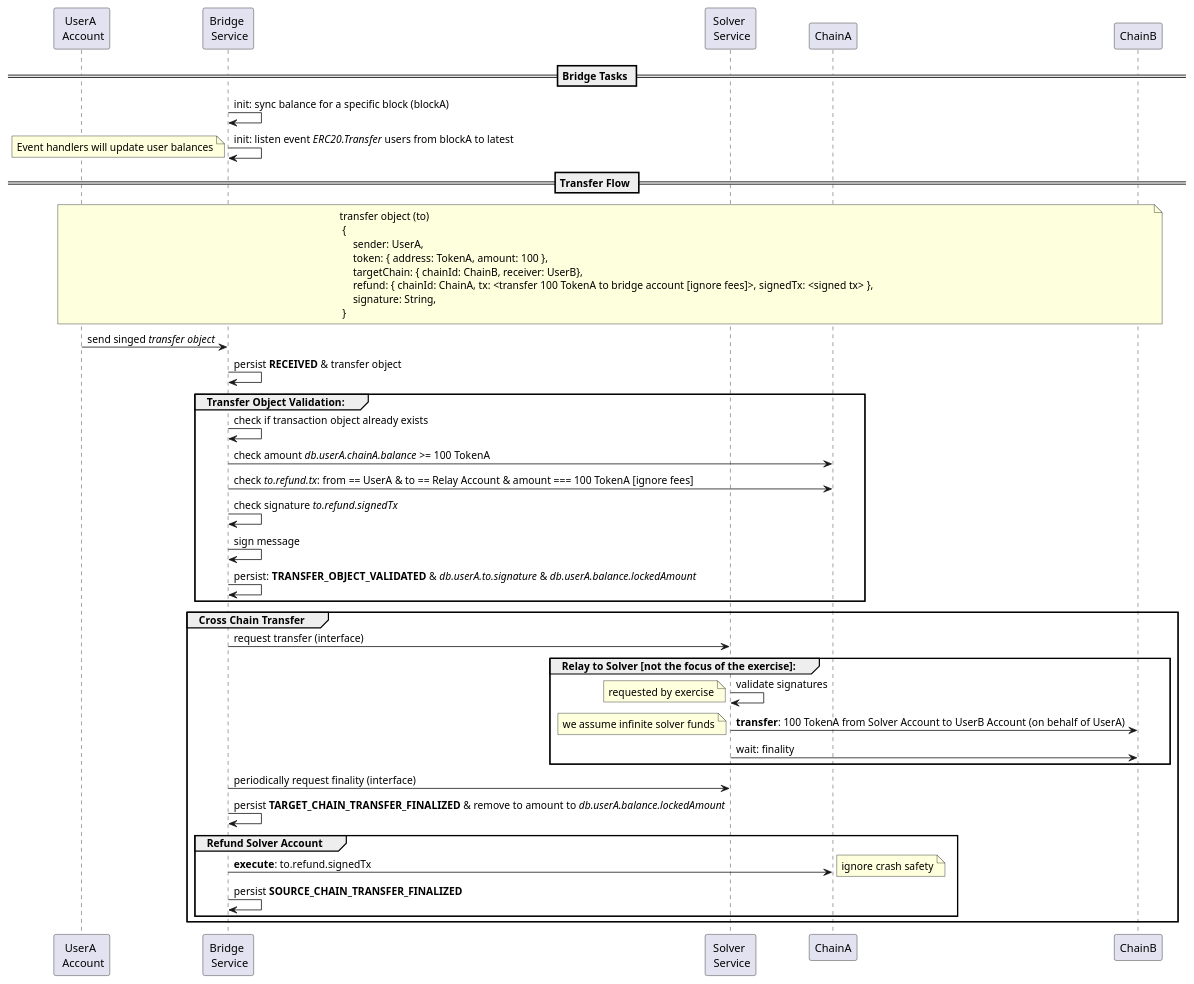
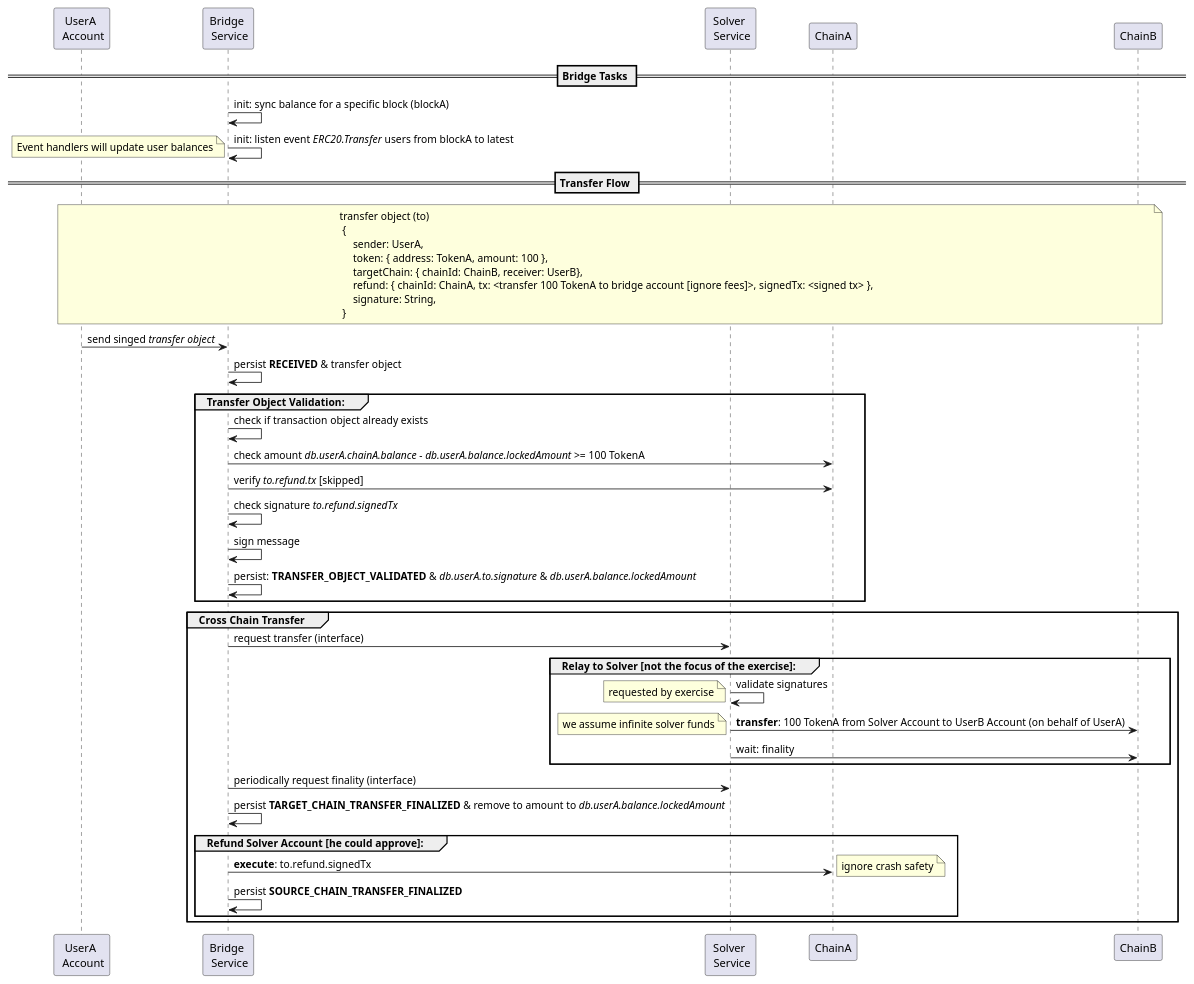
One commit to nchondromatidis/evm-erc20-bridge changed the diagram in docs/transfer-assets-flow.puml. Above: the diagram before and after it, drawn with PlantUML. The commit also changed 14 other files, not shown here.

```diff
--- a/docs/transfer-assets-flow.puml
+++ b/docs/transfer-assets-flow.puml
@@ -1,62 +1,62 @@
 @startuml
 participant "UserA \n Account" as UA
 participant "Bridge \n Service" as B
 participant "Solver \n Service" as S
 participant ChainA as CA
 participant ChainB as CB
 
 == Bridge Tasks ==
 B -> B: init: sync balance for a specific block (blockA)
 B -> B: init: listen event //ERC20.Transfer// users from blockA to latest
 note left
 Event handlers will update user balances
 end note
 
 
 == Transfer Flow ==
 note across
 transfer object (to)
  {
      sender: UserA,
      token: { address: TokenA, amount: 100 },
      targetChain: { chainId: ChainB, receiver: UserB},
      refund: { chainId: ChainA, tx: <transfer 100 TokenA to bridge account [ignore fees]>, signedTx: <signed tx> },
      signature: String,
  }
 end note
 
 UA -> B: send singed //transfer object//
 B -> B: persist **RECEIVED** & transfer object
 
 group Transfer Object Validation:
 B -> B : check if transaction object already exists
-B -> CA: check amount //db.userA.chainA.balance// >= 100 TokenA
-B -> CA: check //to.refund.tx//: from == UserA & to == Relay Account & amount === 100 TokenA [ignore fees]
+B -> CA: check amount //db.userA.chainA.balance - db.userA.balance.lockedAmount// >= 100 TokenA
+B -> CA: verify //to.refund.tx// [skipped]
 B -> B: check signature //to.refund.signedTx//
 B -> B: sign message
 B -> B: persist: **TRANSFER_OBJECT_VALIDATED** & //db.userA.to.signature// & //db.userA.balance.lockedAmount//
 end
 
 group Cross Chain Transfer
 B -> S: request transfer (interface)
 
 group Relay to Solver [not the focus of the exercise]:
 S -> S: validate signatures
 note left: requested by exercise
 S -> CB: **transfer**: 100 TokenA from Solver Account to UserB Account (on behalf of UserA)
 note left: we assume infinite solver funds
 S -> CB: wait: finality
 end
 
 B -> S: periodically request finality (interface)
 B -> B: persist **TARGET_CHAIN_TRANSFER_FINALIZED** & remove to amount to //db.userA.balance.lockedAmount//
 
-group Refund Solver Account
+group Refund Solver Account [he could approve]:
 B -> CA: **execute**: to.refund.signedTx
 note right: ignore crash safety
 B -> B: persist **SOURCE_CHAIN_TRANSFER_FINALIZED**
 end
 
 end
 
 @enduml
```
